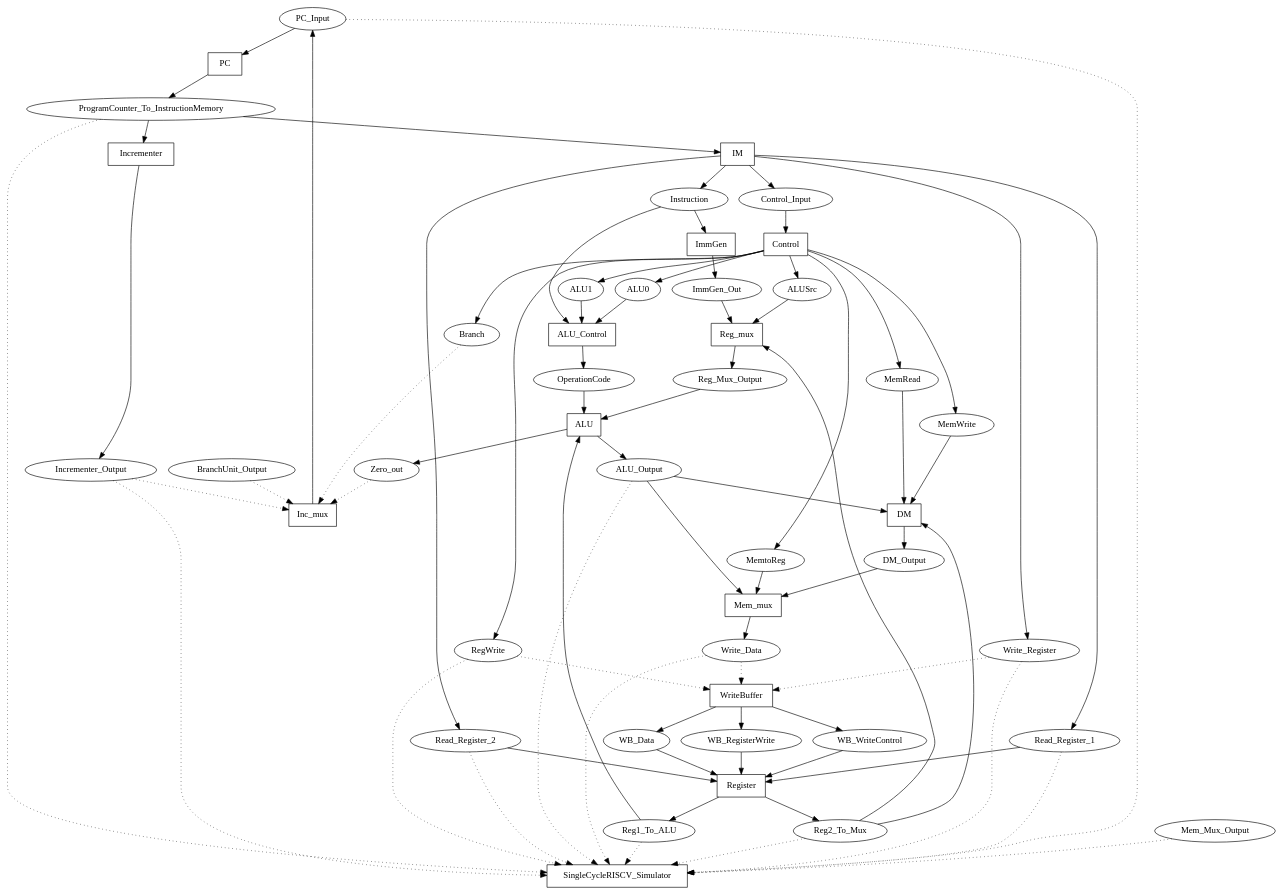
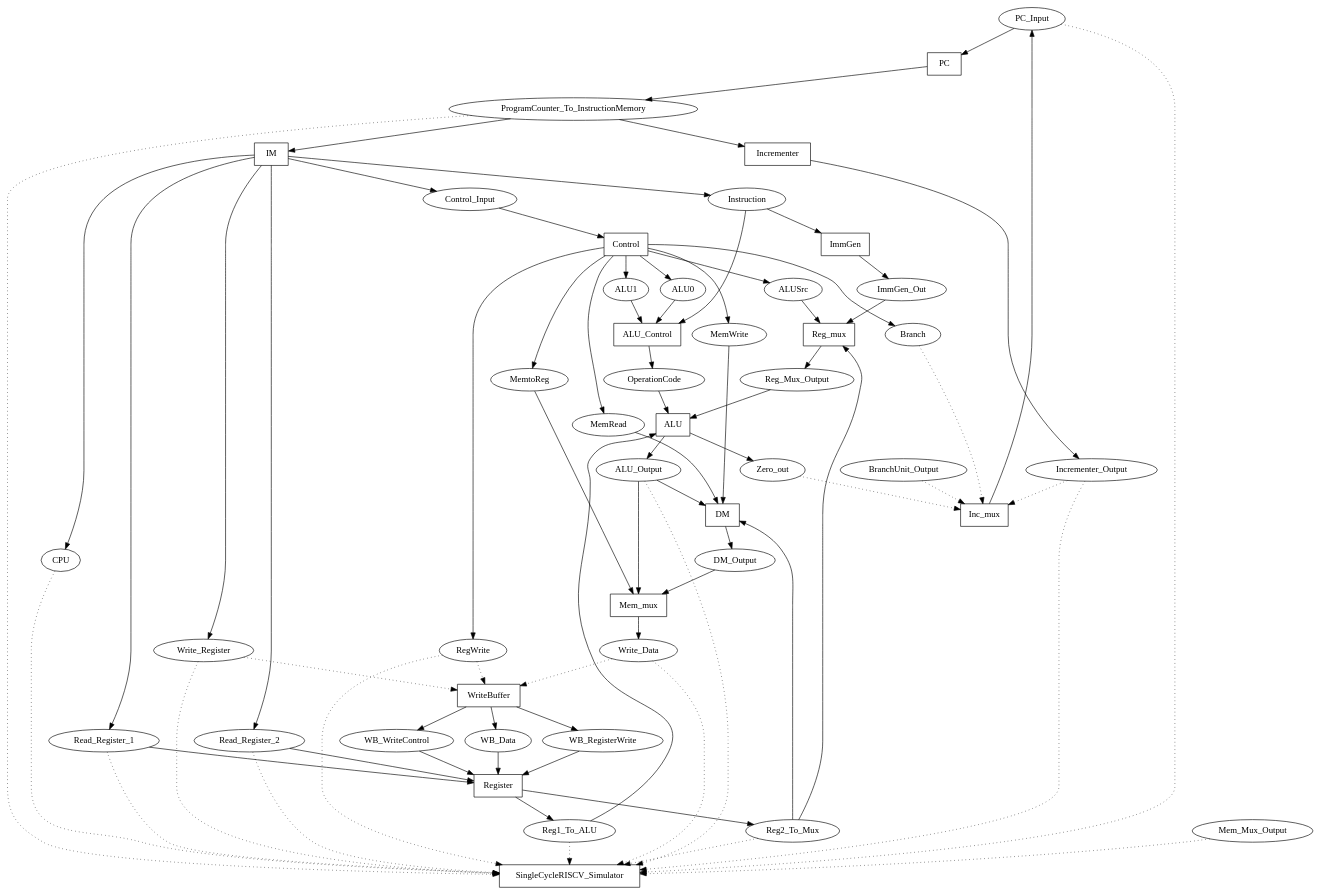
Before and after one commit to DanielRamyar/Master_Thesis: the diagram in SME_Implementations/SingleCycleRISCV/output/network.dot, drawn with Graphviz. The commit also changed 88 other files, not shown here.

```diff
--- a/SME_Implementations/SingleCycleRISCV/output/network.dot
+++ b/SME_Implementations/SingleCycleRISCV/output/network.dot
@@ -1,119 +1,122 @@
 digraph SingleCycleRISCV {
 "PC_Input" [shape=oval];
 "ProgramCounter_To_InstructionMemory" [shape=oval];
 "Instruction" [shape=oval];
 "Control_Input" [shape=oval];
 "ALU1" [shape=oval];
 "ALU0" [shape=oval];
 "Read_Register_1" [shape=oval];
 "Read_Register_2" [shape=oval];
 "WB_Data" [shape=oval];
 "WB_RegisterWrite" [shape=oval];
 "WB_WriteControl" [shape=oval];
 "OperationCode" [shape=oval];
 "Reg1_To_ALU" [shape=oval];
 "Reg_Mux_Output" [shape=oval];
 "ALU_Output" [shape=oval];
 "Reg2_To_Mux" [shape=oval];
 "MemRead" [shape=oval];
 "MemWrite" [shape=oval];
 "ALUSrc" [shape=oval];
 "ImmGen_Out" [shape=oval];
 "MemtoReg" [shape=oval];
 "DM_Output" [shape=oval];
 "Incrementer_Output" [shape=oval];
 "Write_Register" [shape=oval];
+"CPU" [shape=oval];
 "RegWrite" [shape=oval];
 "Branch" [shape=oval];
 "Zero_out" [shape=oval];
 "Write_Data" [shape=oval];
 "Mem_Mux_Output" [shape=oval];
 "BranchUnit_Output" [shape=oval];
 "PC" [shape=box];
 "Incrementer" [shape=box];
 "IM" [shape=box];
 "ImmGen" [shape=box];
 "ALU_Control" [shape=box];
 "Control" [shape=box];
 "Register" [shape=box];
 "ALU" [shape=box];
 "DM" [shape=box];
 "Mem_mux" [shape=box];
 "Reg_mux" [shape=box];
 "Inc_mux" [shape=box];
 "WriteBuffer" [shape=box];
 "SingleCycleRISCV_Simulator" [shape=box];
 "PC_Input" -> "PC";
 "ProgramCounter_To_InstructionMemory" -> "Incrementer";
 "ProgramCounter_To_InstructionMemory" -> "IM";
 "Instruction" -> "ImmGen";
 "Instruction" -> "ALU_Control";
 "Control_Input" -> "Control";
 "ALU1" -> "ALU_Control";
 "ALU0" -> "ALU_Control";
 "Read_Register_1" -> "Register";
 "Read_Register_2" -> "Register";
 "WB_Data" -> "Register";
 "WB_RegisterWrite" -> "Register";
 "WB_WriteControl" -> "Register";
 "OperationCode" -> "ALU";
 "Reg1_To_ALU" -> "ALU";
 "Reg_Mux_Output" -> "ALU";
 "ALU_Output" -> "DM";
 "ALU_Output" -> "Mem_mux";
 "Reg2_To_Mux" -> "DM";
 "Reg2_To_Mux" -> "Reg_mux";
 "MemRead" -> "DM";
 "MemWrite" -> "DM";
 "ALUSrc" -> "Reg_mux";
 "ImmGen_Out" -> "Reg_mux";
 "MemtoReg" -> "Mem_mux";
 "DM_Output" -> "Mem_mux";
 "PC" -> "ProgramCounter_To_InstructionMemory";
 "Incrementer" -> "Incrementer_Output";
 "Inc_mux" -> "PC_Input";
 "IM" -> "Read_Register_1";
 "IM" -> "Read_Register_2";
 "IM" -> "Write_Register";
 "IM" -> "Control_Input";
 "IM" -> "Instruction";
+"IM" -> "CPU";
 "ImmGen" -> "ImmGen_Out";
 "Control" -> "ALUSrc";
 "Control" -> "MemtoReg";
 "Control" -> "RegWrite";
 "Control" -> "MemRead";
 "Control" -> "MemWrite";
 "Control" -> "Branch";
 "Control" -> "ALU1";
 "Control" -> "ALU0";
 "ALU_Control" -> "OperationCode";
 "Register" -> "Reg1_To_ALU";
 "Register" -> "Reg2_To_Mux";
 "ALU" -> "ALU_Output";
 "ALU" -> "Zero_out";
 "DM" -> "DM_Output";
 "Reg_mux" -> "Reg_Mux_Output";
 "Mem_mux" -> "Write_Data";
 "WriteBuffer" -> "WB_Data";
 "WriteBuffer" -> "WB_RegisterWrite";
 "WriteBuffer" -> "WB_WriteControl";
 "ProgramCounter_To_InstructionMemory" -> "SingleCycleRISCV_Simulator" [style=dotted];
 "PC_Input" -> "SingleCycleRISCV_Simulator" [style=dotted];
 "Incrementer_Output" -> "SingleCycleRISCV_Simulator" [style=dotted];
 "Incrementer_Output" -> "Inc_mux" [style=dotted];
 "Read_Register_1" -> "SingleCycleRISCV_Simulator" [style=dotted];
 "Read_Register_2" -> "SingleCycleRISCV_Simulator" [style=dotted];
 "Write_Register" -> "SingleCycleRISCV_Simulator" [style=dotted];
 "Write_Register" -> "WriteBuffer" [style=dotted];
 "Write_Data" -> "SingleCycleRISCV_Simulator" [style=dotted];
 "Write_Data" -> "WriteBuffer" [style=dotted];
 "RegWrite" -> "SingleCycleRISCV_Simulator" [style=dotted];
 "RegWrite" -> "WriteBuffer" [style=dotted];
 "Reg1_To_ALU" -> "SingleCycleRISCV_Simulator" [style=dotted];
 "Reg2_To_Mux" -> "SingleCycleRISCV_Simulator" [style=dotted];
 "ALU_Output" -> "SingleCycleRISCV_Simulator" [style=dotted];
 "Mem_Mux_Output" -> "SingleCycleRISCV_Simulator" [style=dotted];
+"CPU" -> "SingleCycleRISCV_Simulator" [style=dotted];
 "Zero_out" -> "Inc_mux" [style=dotted];
 "Branch" -> "Inc_mux" [style=dotted];
 "BranchUnit_Output" -> "Inc_mux" [style=dotted];
 }
```
